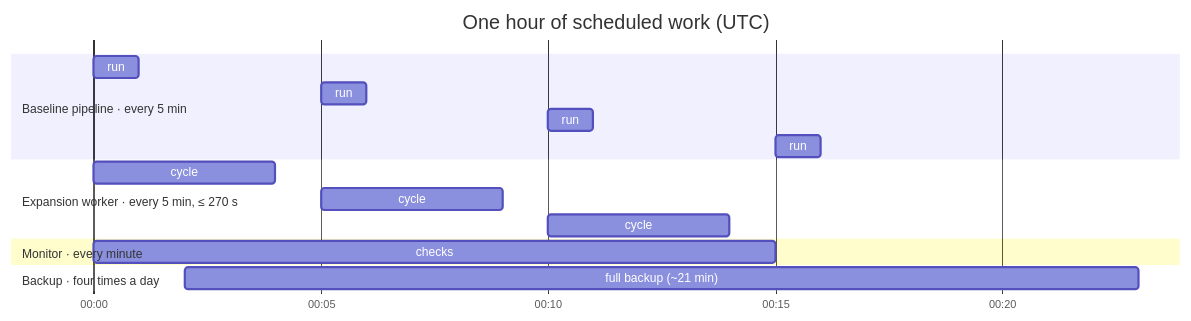
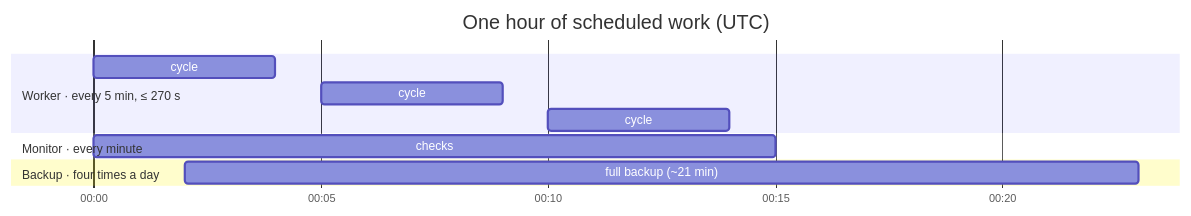
The first of 5 diagrams in docs/architecture/operations.md (Naman4561/us-election-results-pipeline), drawn with Mermaid before and after one commit. The commit also changed other lines of this file and 11 other files, not shown here.

First line of the commit message:
refactor: remove dead code, update README and architecture docs

````diff
--- a/docs/architecture/operations.md
+++ b/docs/architecture/operations.md
@@ -5,19 +5,14 @@
 ```mermaid
 gantt
     title One hour of scheduled work (UTC)
     dateFormat HH:mm
     axisFormat %H:%M
-    section Baseline pipeline · every 5 min
-    run :00:00, 1m
-    run :00:05, 1m
-    run :00:10, 1m
-    run :00:15, 1m
-    section Expansion worker · every 5 min, ≤ 270 s
+    section Worker · every 5 min, ≤ 270 s
     cycle :00:00, 4m
     cycle :00:05, 4m
     cycle :00:10, 4m
     section Monitor · every minute
     checks :00:00, 15m
     section Backup · four times a day
     full backup (~21 min) :00:02, 21m
 ```
````
